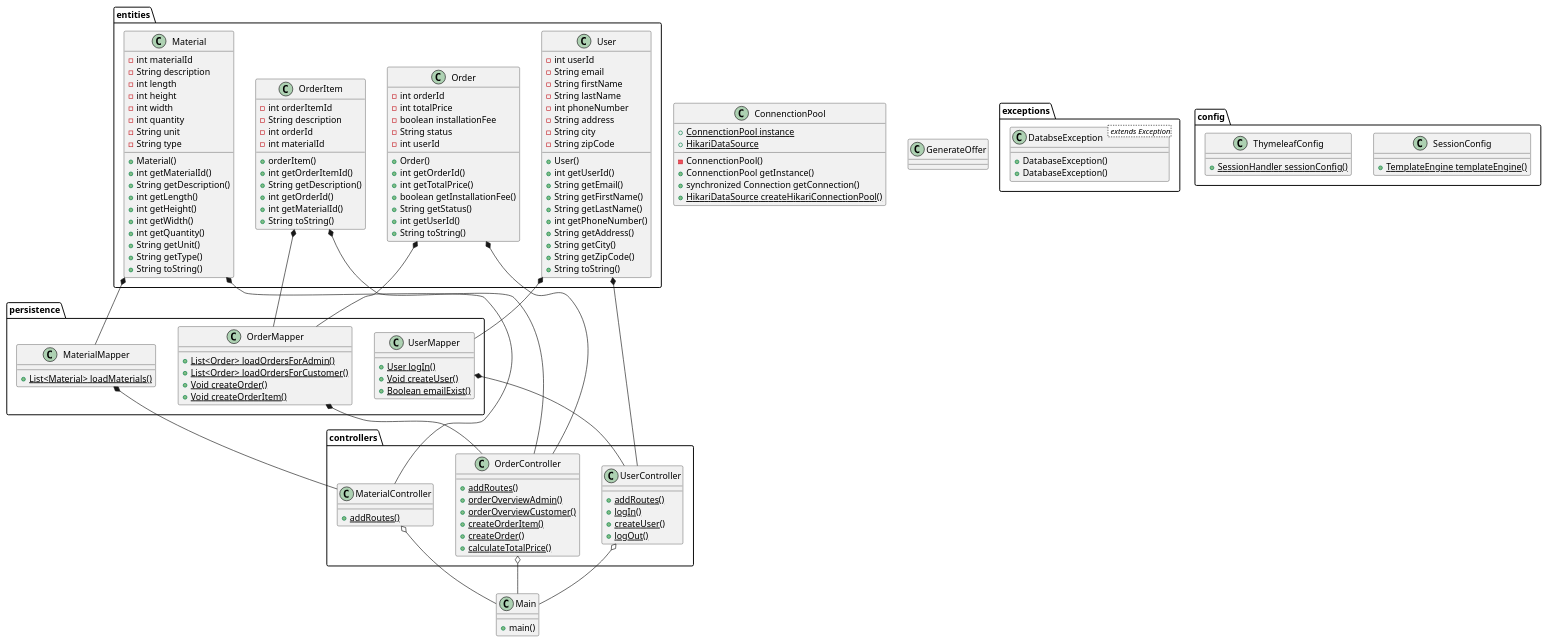
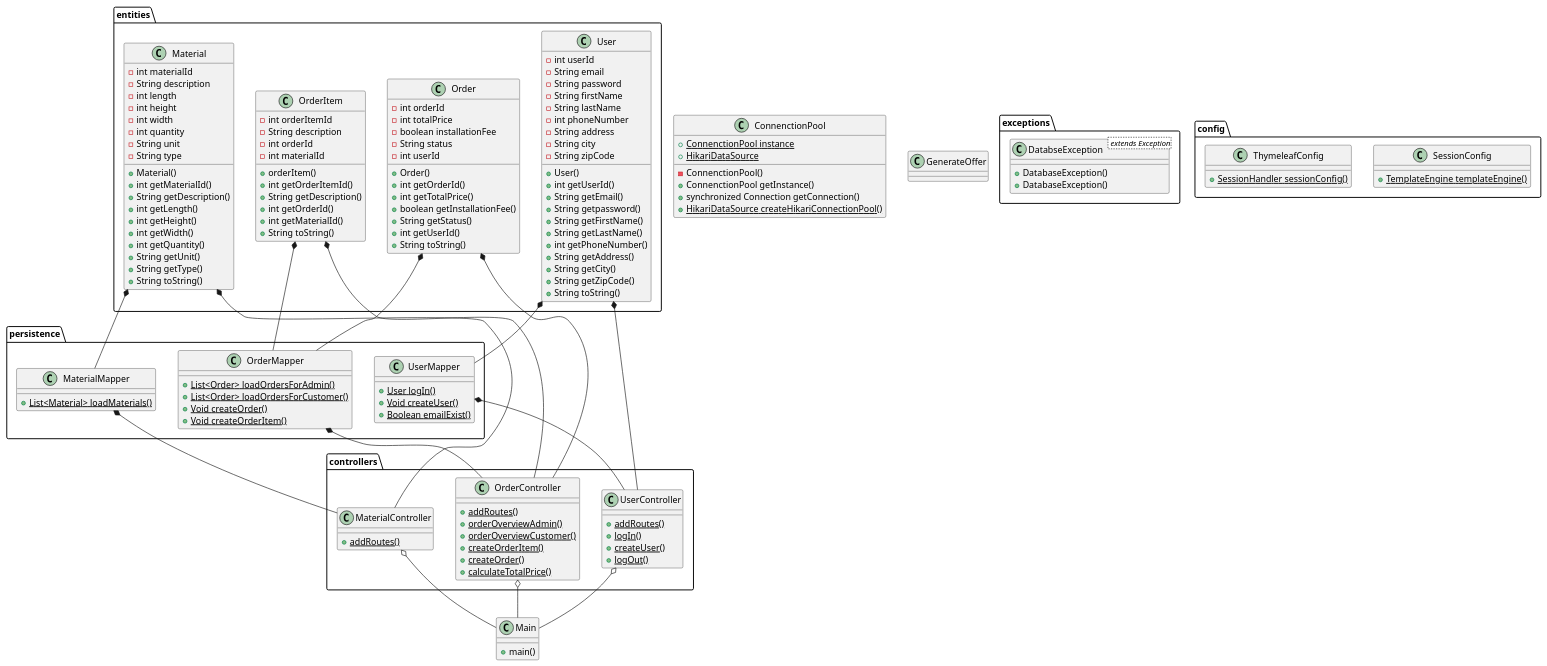
Before and after one commit to TobiOneCanobi/SemesterProjekt-B8: the diagram in Diagrammer/før kode/klassediagram.puml, drawn with PlantUML. The commit also changed 5 other files, not shown here.

```diff
--- a/Diagrammer/før kode/klassediagram.puml
+++ b/Diagrammer/før kode/klassediagram.puml
@@ -1,191 +1,193 @@
 @startuml
 'https://plantuml.com/class-diagram
 
 
 
 Class Main{
 +main()
 }
 
     Class ConnenctionPool{
         {static}+ConnenctionPool instance
         {static}+HikariDataSource
         -ConnenctionPool()
         +ConnenctionPool getInstance()
         +synchronized Connection getConnection()
          {static}+HikariDataSource createHikariConnectionPool()
         }
 
         class GenerateOffer {
         }
 
 package persistence
 {
 
 
         Class MaterialMapper{
         {static}+List<Material> loadMaterials()
         }
 
         Class UserMapper{
         {static}+User logIn()
         {static}+Void createUser()
         {static}+Boolean emailExist()
         }
 
         Class OrderMapper{
         {static}+List<Order> loadOrdersForAdmin()
         {static}+List<Order> loadOrdersForCustomer()
         {static}+Void createOrder()
         {static}+Void createOrderItem()
         }
 
 }
 
 package exceptions
 {
     Class DatabseException< extends Exception>{
     + DatabaseException()
     + DatabaseException()
     }
 }
 
 package entities
 {
 Class Material{
     -int materialId
     -String description
     -int length
     -int height
     -int width
     -int quantity
     -String unit
     -String type
 
     +Material()
     +int getMaterialId()
     +String getDescription()
     +int getLength()
     +int getHeight()
     +int getWidth()
     +int getQuantity()
     +String getUnit()
     +String getType()
     +String toString()
     }
 
 Class Order{
     - int orderId
     -int totalPrice
     -boolean installationFee
     -String status
     -int userId
 
     +Order()
     +int getOrderId()
     +int getTotalPrice()
     +boolean getInstallationFee()
     +String getStatus()
     +int getUserId()
     +String toString()
 }
 
 Class User {
     -int userId
     -String email
+    -String password
     -String firstName
     -String lastName
     -int phoneNumber
     -String address
     -String city
     -String zipCode
 
     +User()
     +int getUserId()
     +String getEmail()
+    +String getpassword()
     +String getFirstName()
     +String getLastName()
     +int getPhoneNumber()
     +String getAddress()
     +String getCity()
     +String getZipCode()
     +String toString()
     }
 
 Class OrderItem{
     -int orderItemId
     -String description
     -int orderId
     -int materialId
 
     +orderItem()
     +int getOrderItemId()
     +String getDescription()
     +int getOrderId()
     +int getMaterialId()
     +String toString()
     }
 
 }
 
 package controllers
 {
     Class MaterialController{
     {static}+addRoutes()
 
     }
 
     Class OrderController{
     {static}+addRoutes()
     {static}+orderOverviewAdmin()
     {static}+orderOverviewCustomer()
     {static}+createOrderItem()
     {static}+createOrder()
     {static}+calculateTotalPrice()
     }
 
     Class UserController{
     {static}+addRoutes()
     {static}+logIn()
     {static}+createUser()
     {static}+logOut()
     }
 }
 
 package config
 {
     Class SessionConfig{
     {static}+TemplateEngine templateEngine()
     }
 
     Class ThymeleafConfig{
     {static}+SessionHandler sessionConfig()
     }
 }
 
 
 
 UserController o-- Main
 OrderController o-- Main
 MaterialController o-- Main
 
 User *-- UserMapper
 Order *-- OrderMapper
 OrderItem *-- OrderMapper
 Material *-- MaterialMapper
 
 User *-- UserController
 Order *-- OrderController
 OrderItem *-- OrderController
 Material *-- MaterialController
 
 OrderMapper *-- OrderController
 MaterialMapper *-- MaterialController
 UserMapper *-- UserController
 
 
 
 
 
 
 @enduml
```
